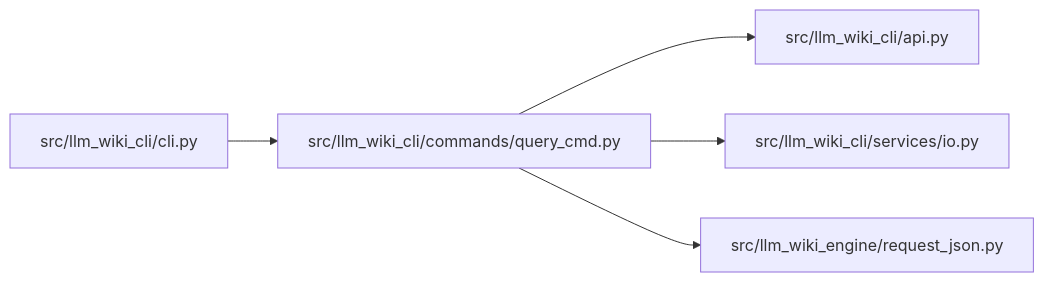
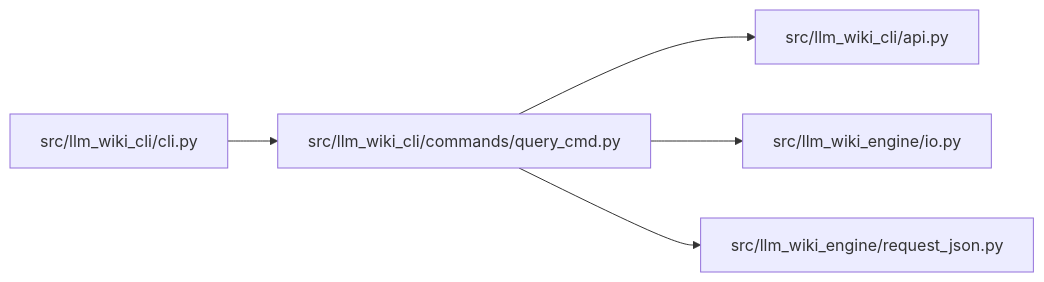
The diagram in docs/llm_wiki/modules/query_cmd.md (Denissvgn/python-wiki-llm), drawn with Mermaid before and after one commit. The commit also changed other lines of this file and 739 other files, not shown here.

First line of the commit message:
docs: refresh the wiki for the second engine batch

````diff
--- a/docs/llm_wiki/modules/query_cmd.md
+++ b/docs/llm_wiki/modules/query_cmd.md
@@ -29,17 +29,17 @@
 ```mermaid
 flowchart LR
     n0["src/llm_wiki_cli/api.py"]
     n1["src/llm_wiki_cli/cli.py"]
     n2["src/llm_wiki_cli/commands/query_cmd.py"]
-    n3["src/llm_wiki_cli/services/io.py"]
+    n3["src/llm_wiki_engine/io.py"]
     n4["src/llm_wiki_engine/request_json.py"]
     n1 --> n2
     n2 --> n0
     n2 --> n3
     n2 --> n4
     click n0 "../modules/api.md"
     click n1 "../modules/cli.md"
     click n2 "../modules/query_cmd.md"
     click n3 "../modules/io.md"
     click n4 "../modules/request_json.md"
 ```
````
